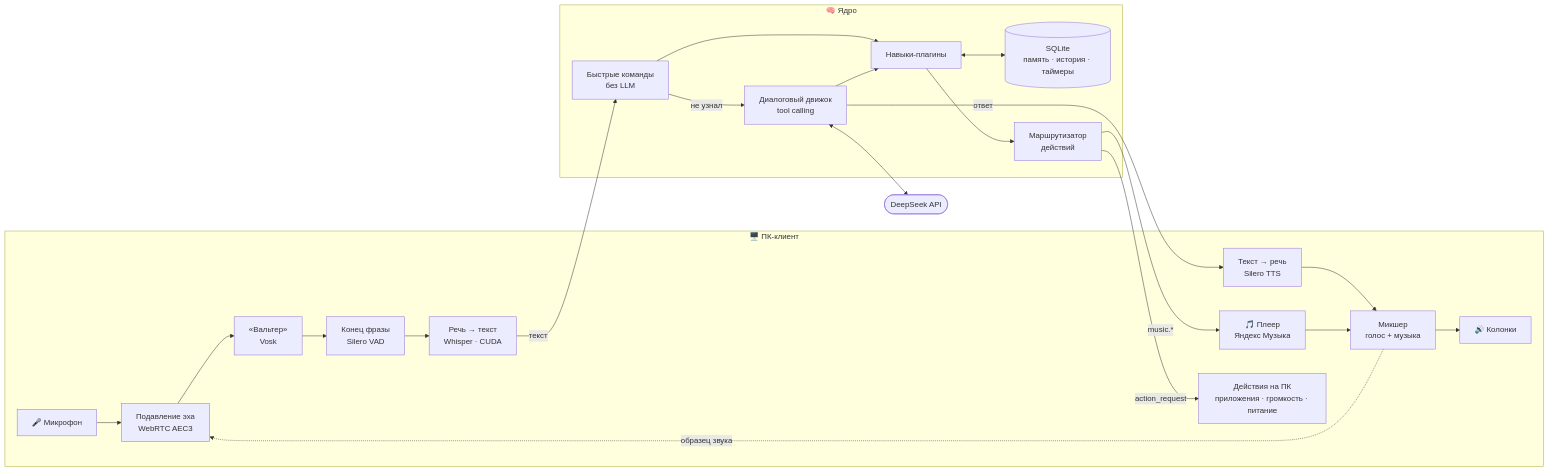
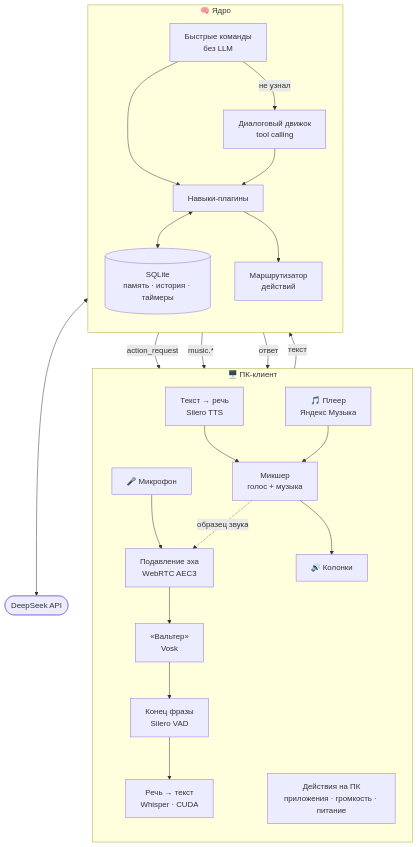
Before and after one commit to lubovoladuska/Lumo: the diagram in README.md, drawn with Mermaid. The commit also changed other lines of this file, not shown here.

Commit message:
README: vertical architecture diagram for readability

````diff
--- a/README.md
+++ b/README.md
@@ -96,35 +96,37 @@
 ```mermaid
-flowchart LR
+flowchart TB
     subgraph PC["🖥️ ПК-клиент"]
+        direction TB
         MIC["🎤 Микрофон"] --> AEC["Подавление эха<br/>WebRTC AEC3"]
         AEC --> WAKE["«Вальтер»<br/>Vosk"]
         WAKE --> VAD["Конец фразы<br/>Silero VAD"]
         VAD --> STT["Речь → текст<br/>Whisper · CUDA"]
         TTS["Текст → речь<br/>Silero TTS"] --> MIX["Микшер<br/>голос + музыка"]
         PLAYER["🎵 Плеер<br/>Яндекс Музыка"] --> MIX
         MIX --> SPK["🔊 Колонки"]
         MIX -. образец звука .-> AEC
         ACT["Действия на ПК<br/>приложения · громкость · питание"]
     end
 
     subgraph CORE["🧠 Ядро"]
+        direction TB
         FAST["Быстрые команды<br/>без LLM"]
         ENGINE["Диалоговый движок<br/>tool calling"]
         SKILLS["Навыки-плагины"]
         DB[("SQLite<br/>память · история · таймеры")]
         ROUTER["Маршрутизатор<br/>действий"]
     end
 
     LLM(["DeepSeek API"])
 
     STT -- текст --> FAST
     FAST -- не узнал --> ENGINE
     ENGINE <--> LLM
     FAST --> SKILLS
     ENGINE --> SKILLS
     SKILLS <--> DB
     SKILLS --> ROUTER
     ROUTER -- "action_request" --> ACT
     ROUTER -- "music.*" --> PLAYER
     ENGINE -- ответ --> TTS
 ```
````
